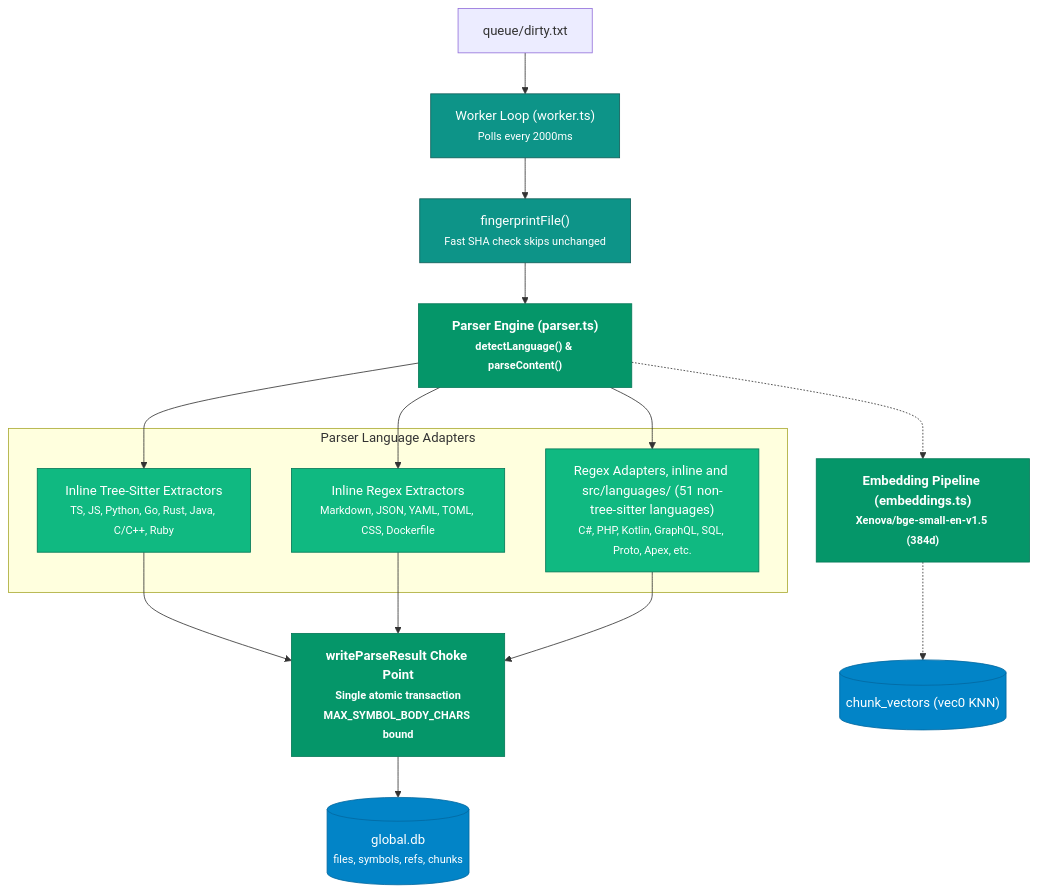
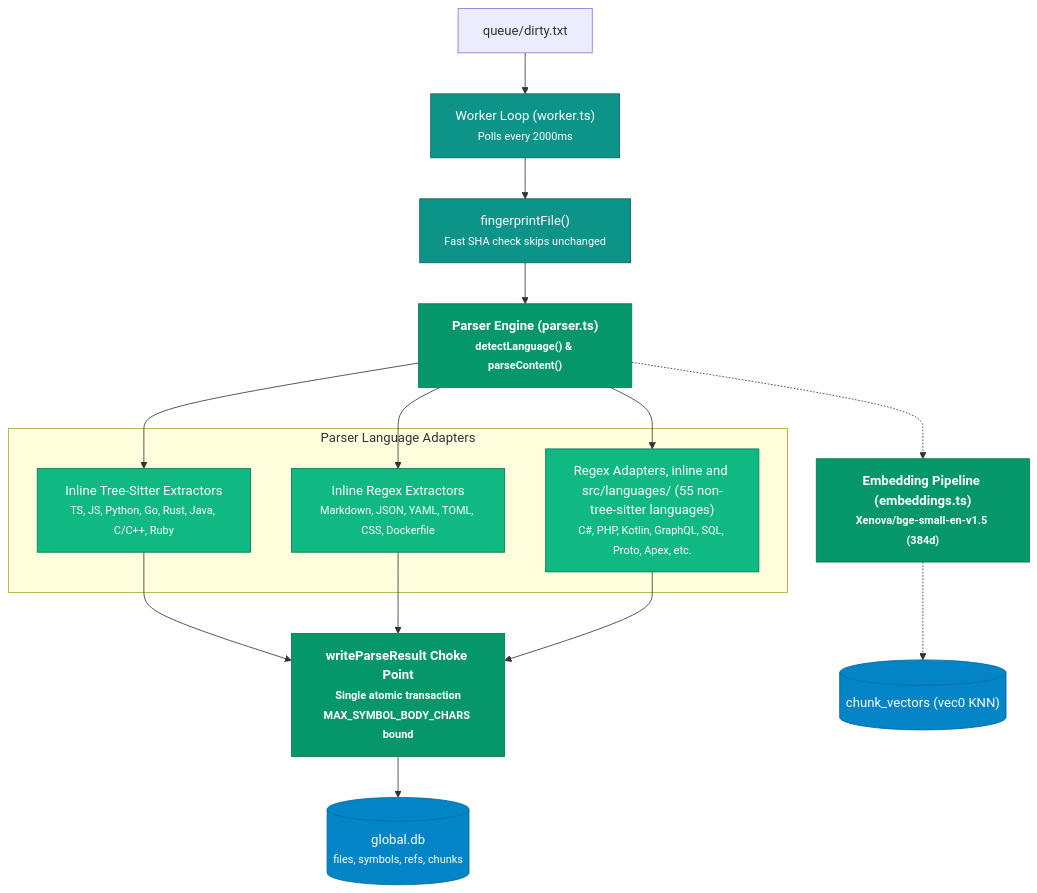
One commit to DFKHelper/token-goat changed the fourth of 7 diagrams in docs/C4_RUNTIME_ARCHITECTURE.md. Above: the diagram before and after it, drawn with Mermaid. The commit also changed 32 other files, not shown here.

````diff
--- a/docs/C4_RUNTIME_ARCHITECTURE.md
+++ b/docs/C4_RUNTIME_ARCHITECTURE.md
@@ -180,30 +180,30 @@
 ```mermaid
 flowchart TB
     classDef parser fill:#059669,stroke:#047857,color:#ffffff,font-weight:bold;
     classDef worker fill:#0D9488,stroke:#115E59,color:#ffffff;
     classDef adapter fill:#10B981,stroke:#047857,color:#ffffff;
     classDef db fill:#0284C7,stroke:#0369A1,color:#ffffff;
 
     DirtyQueue["queue/dirty.txt"] --> WorkerLoop["Worker Loop (worker.ts)<br/><small>Polls every 2000ms</small>"]:::worker
     WorkerLoop --> Fingerprint["fingerprintFile()<br/><small>Fast SHA check skips unchanged</small>"]:::worker
     Fingerprint --> Parser["Parser Engine (parser.ts)<br/><small>detectLanguage() & parseContent()</small>"]:::parser
 
     subgraph ParserAdapters ["Parser Language Adapters"]
         TreeSitter["Inline Tree-Sitter Extractors<br/><small>TS, JS, Python, Go, Rust, Java, C/C++, Ruby</small>"]:::adapter
         RegexInline["Inline Regex Extractors<br/><small>Markdown, JSON, YAML, TOML, CSS, Dockerfile</small>"]:::adapter
-        LangAdapters["Regex Adapters, inline and src/languages/ (51 non-tree-sitter languages)<br/><small>C#, PHP, Kotlin, GraphQL, SQL, Proto, Apex, etc.</small>"]:::adapter
+        LangAdapters["Regex Adapters, inline and src/languages/ (55 non-tree-sitter languages)<br/><small>C#, PHP, Kotlin, GraphQL, SQL, Proto, Apex, etc.</small>"]:::adapter
     end
 
     Parser --> TreeSitter
     Parser --> RegexInline
     Parser --> LangAdapters
 
     TreeSitter --> ChokePoint["writeParseResult Choke Point<br/><small>Single atomic transaction<br/>MAX_SYMBOL_BODY_CHARS bound</small>"]:::parser
     RegexInline --> ChokePoint
     LangAdapters --> ChokePoint
 
     ChokePoint --> GlobalDB[("global.db<br/><small>files, symbols, refs, chunks</small>")]:::db
     
     Parser -.-> Embedder["Embedding Pipeline (embeddings.ts)<br/><small>Xenova/bge-small-en-v1.5 (384d)</small>"]:::parser
     Embedder -.-> VecDB[("chunk_vectors (vec0 KNN)")]:::db
 ```
````
